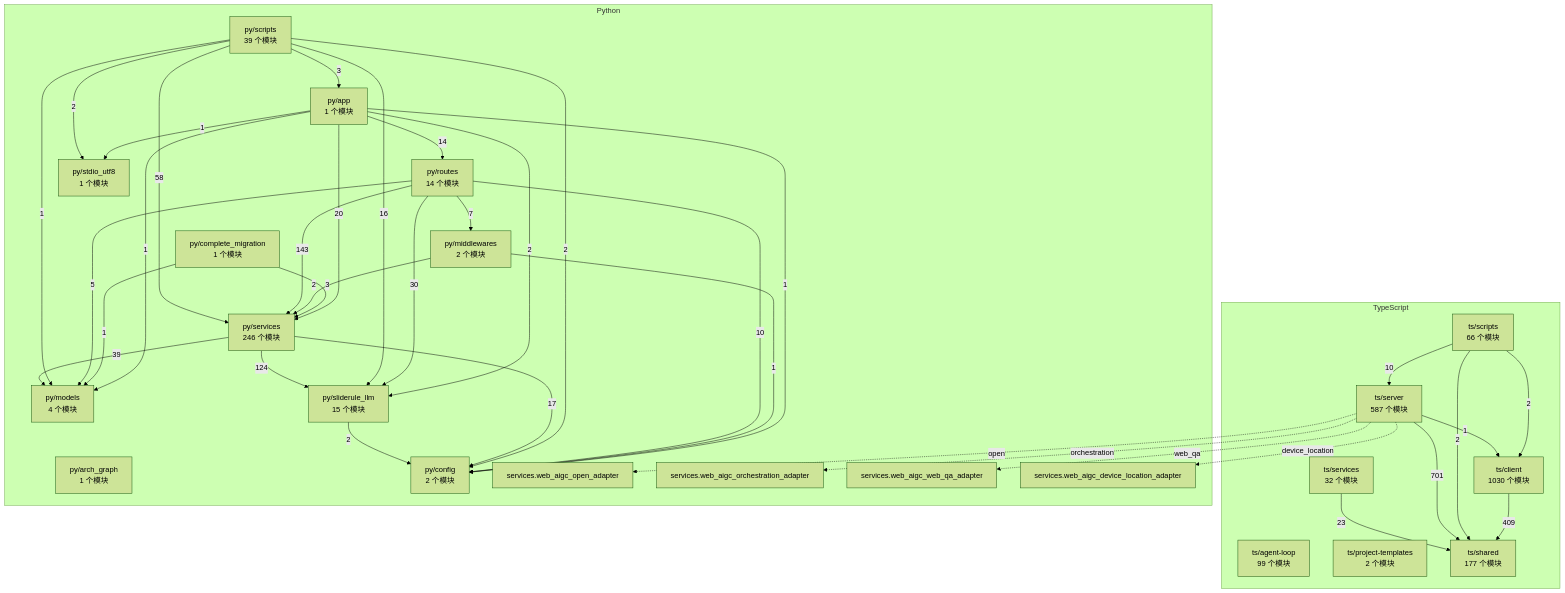
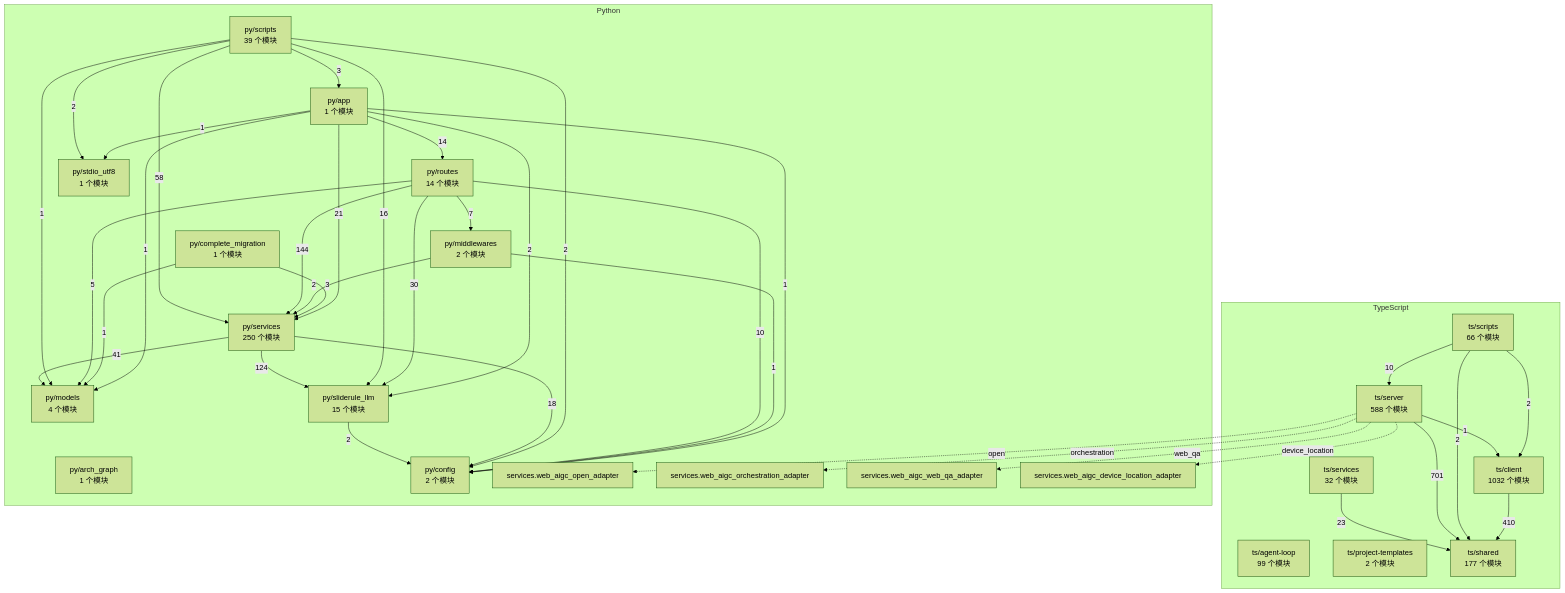
One commit to 2686521696/WhyBuddy changed the diagram in docs/WhyBuddy 全仓架构图（自动生成）.md. Above: the diagram before and after it, drawn with Mermaid (forest theme). The commit also changed 49 other files, not shown here.

````diff
--- a/docs/WhyBuddy 全仓架构图（自动生成）.md
+++ b/docs/WhyBuddy 全仓架构图（自动生成）.md
@@ -14,65 +14,65 @@
 ```mermaid
 flowchart TB
   subgraph ts [TypeScript]
     ts_agent_loop["ts/agent-loop<br/>99 个模块"]
-    ts_client["ts/client<br/>1030 个模块"]
+    ts_client["ts/client<br/>1032 个模块"]
     ts_project_templates["ts/project-templates<br/>2 个模块"]
     ts_scripts["ts/scripts<br/>66 个模块"]
-    ts_server["ts/server<br/>587 个模块"]
+    ts_server["ts/server<br/>588 个模块"]
     ts_services["ts/services<br/>32 个模块"]
     ts_shared["ts/shared<br/>177 个模块"]
   end
   subgraph py [Python]
     py_app["py/app<br/>1 个模块"]
     py_arch_graph["py/arch_graph<br/>1 个模块"]
     py_complete_migration["py/complete_migration<br/>1 个模块"]
     py_config["py/config<br/>2 个模块"]
     py_middlewares["py/middlewares<br/>2 个模块"]
     py_models["py/models<br/>4 个模块"]
     py_routes["py/routes<br/>14 个模块"]
     py_scripts["py/scripts<br/>39 个模块"]
-    py_services["py/services<br/>246 个模块"]
+    py_services["py/services<br/>250 个模块"]
     py_sliderule_llm["py/sliderule_llm<br/>15 个模块"]
     py_stdio_utf8["py/stdio_utf8<br/>1 个模块"]
     py_services_web_aigc_open_adapter["services.web_aigc_open_adapter"]
     py_services_web_aigc_orchestration_adapter["services.web_aigc_orchestration_adapter"]
     py_services_web_aigc_web_qa_adapter["services.web_aigc_web_qa_adapter"]
     py_services_web_aigc_device_location_adapter["services.web_aigc_device_location_adapter"]
   end
-  ts_client -->|409| ts_shared
+  ts_client -->|410| ts_shared
   ts_scripts -->|2| ts_client
   ts_scripts -->|10| ts_server
   ts_scripts -->|2| ts_shared
   ts_server -->|1| ts_client
   ts_server -->|701| ts_shared
   ts_services -->|23| ts_shared
   py_app -->|1| py_config
   py_app -->|1| py_models
   py_app -->|14| py_routes
-  py_app -->|20| py_services
+  py_app -->|21| py_services
   py_app -->|2| py_sliderule_llm
   py_app -->|1| py_stdio_utf8
   py_complete_migration -->|1| py_models
   py_complete_migration -->|3| py_services
   py_middlewares -->|1| py_config
   py_middlewares -->|2| py_services
   py_routes -->|10| py_config
   py_routes -->|7| py_middlewares
   py_routes -->|5| py_models
-  py_routes -->|143| py_services
+  py_routes -->|144| py_services
   py_routes -->|30| py_sliderule_llm
   py_scripts -->|3| py_app
   py_scripts -->|2| py_config
   py_scripts -->|1| py_models
   py_scripts -->|58| py_services
   py_scripts -->|16| py_sliderule_llm
   py_scripts -->|2| py_stdio_utf8
-  py_services -->|17| py_config
-  py_services -->|39| py_models
+  py_services -->|18| py_config
+  py_services -->|41| py_models
   py_services -->|124| py_sliderule_llm
   py_sliderule_llm -->|2| py_config
   ts_server -.->|open| py_services_web_aigc_open_adapter
   ts_server -.->|orchestration| py_services_web_aigc_orchestration_adapter
   ts_server -.->|web_qa| py_services_web_aigc_web_qa_adapter
   ts_server -.->|device_location| py_services_web_aigc_device_location_adapter
 ```
````
